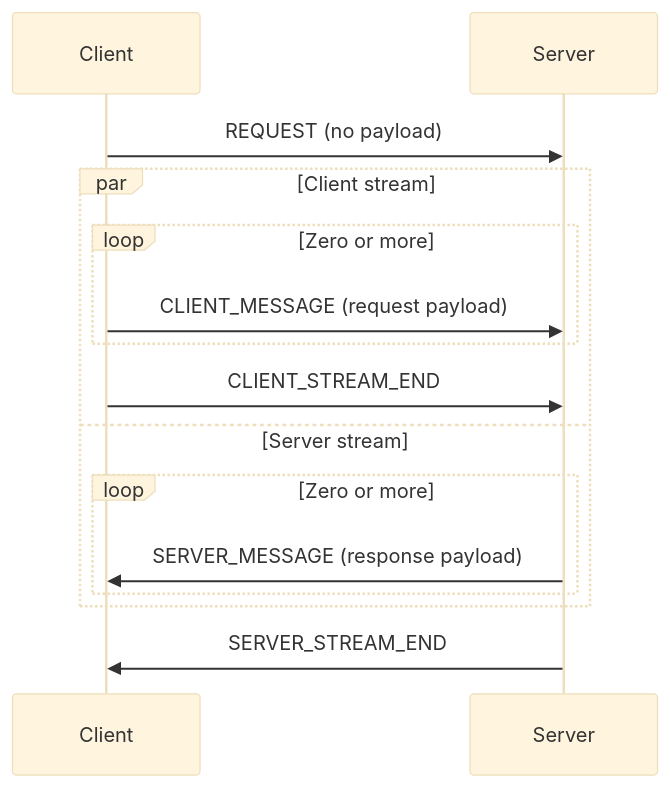
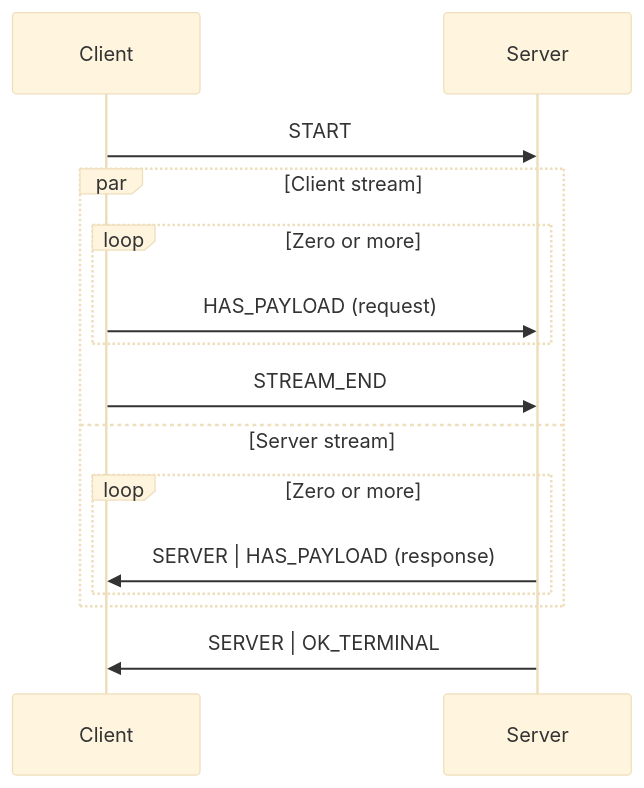
One commit to chromium-full-mirror/chromiumos_third_party_pigweed_pigweed changed the fifth of 5 diagrams in pw_rpc2/protocol.rst. Above: the diagram before and after it, drawn with Mermaid (base theme). The commit also changed other lines of this file and 55 other files, not shown here.

```diff
--- a/pw_rpc2/protocol.rst
+++ b/pw_rpc2/protocol.rst
@@ -161,20 +163,20 @@
 .. mermaid::
    :alt: Bidirectional streaming RPC packet sequence
    :align: center
 
    sequenceDiagram
        participant C as Client
        participant S as Server
 
-       C->>S: REQUEST (no payload)
+       C->>S: START
        par Client stream
            loop Zero or more
-               C->>S: CLIENT_MESSAGE (request payload)
+               C->>S: HAS_PAYLOAD (request)
            end
-           C->>S: CLIENT_STREAM_END
+           C->>S: STREAM_END
        and Server stream
            loop Zero or more
-               S->>C: SERVER_MESSAGE (response payload)
+               S->>C: SERVER | HAS_PAYLOAD (response)
            end
        end
-       S->>C: SERVER_STREAM_END
+       S->>C: SERVER | OK_TERMINAL
```
